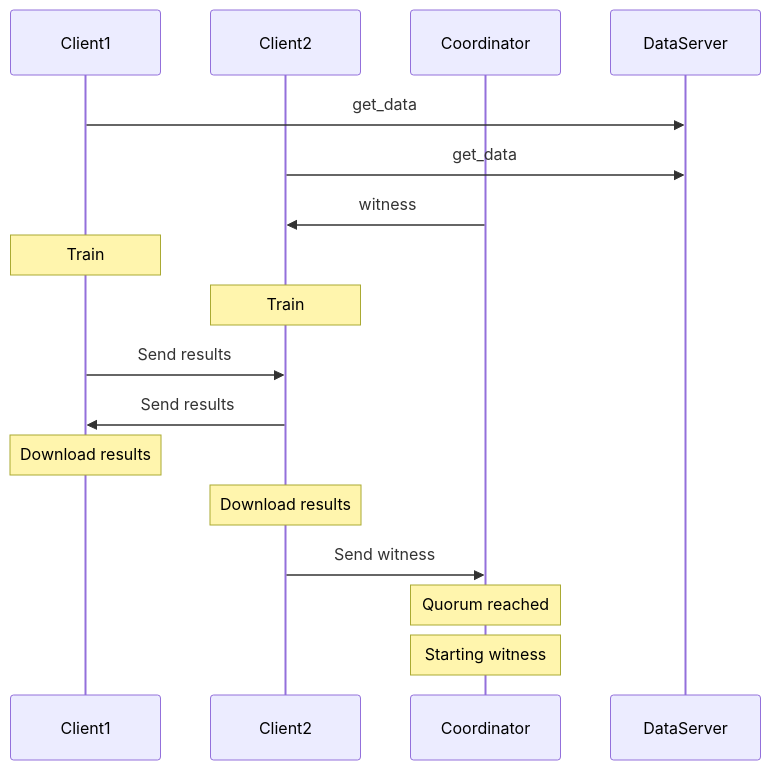
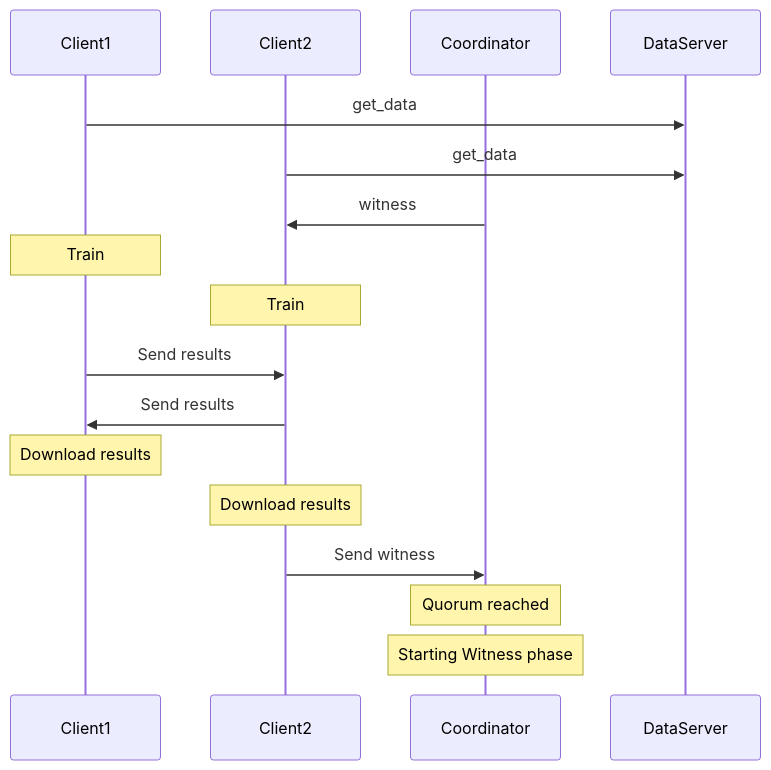
One commit to vernvriereen/psyche changed the third of 3 diagrams in psyche-book/src/how-it-works.md. Above: the diagram before and after it, drawn with Mermaid. The commit also changed other lines of this file, not shown here.

````diff
--- a/psyche-book/src/how-it-works.md
+++ b/psyche-book/src/how-it-works.md
@@ -85,19 +95,19 @@
 ```mermaid
 sequenceDiagram
     participant Client1
     participant Client2
     participant Coordinator
     participant DataServer
     Client1->>DataServer: get_data
     Client2->>DataServer: get_data
     Coordinator->>Client2: witness
     Note over Client1: Train
     Note over Client2: Train
     Client1->>Client2: Send results
     Client2->>Client1: Send results
     Note over Client1: Download results
     Note over Client2: Download results
     Client2->>Coordinator: Send witness
     Note over Coordinator: Quorum reached
-    Note over Coordinator: Starting witness
+    Note over Coordinator: Starting Witness phase
 ```
````
